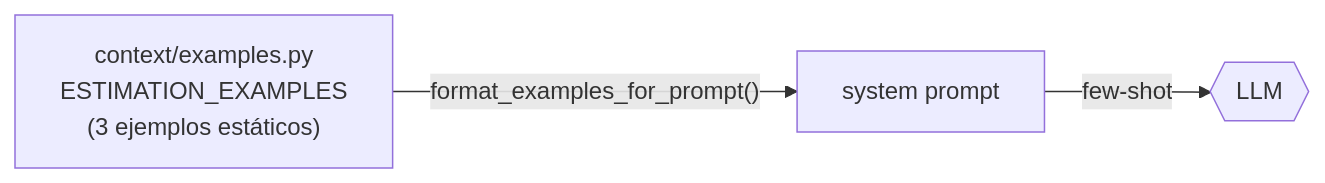
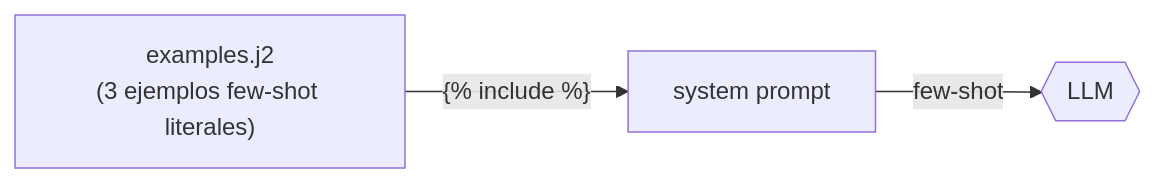
Before and after one commit to salvalcaraz080/LIDR-RAG-master: the eighth of 11 diagrams in ARCHITECTURE.md, drawn with Mermaid. The commit also changed other lines of this file and 2 other files, not shown here.

````diff
--- a/ARCHITECTURE.md
+++ b/ARCHITECTURE.md
@@ -381,6 +428,6 @@
 ```mermaid
 flowchart LR
-    examples["context/examples.py<br/>ESTIMATION_EXAMPLES<br/>(3 ejemplos estáticos)"]
-    -->|"format_examples_for_prompt()"| prompt["system prompt"]
+    examples["examples.j2<br/>(3 ejemplos few-shot literales)"]
+    -->|"{% include %}"| prompt["system prompt"]
     -->|"few-shot"| llm{{LLM}}
 ```
````
